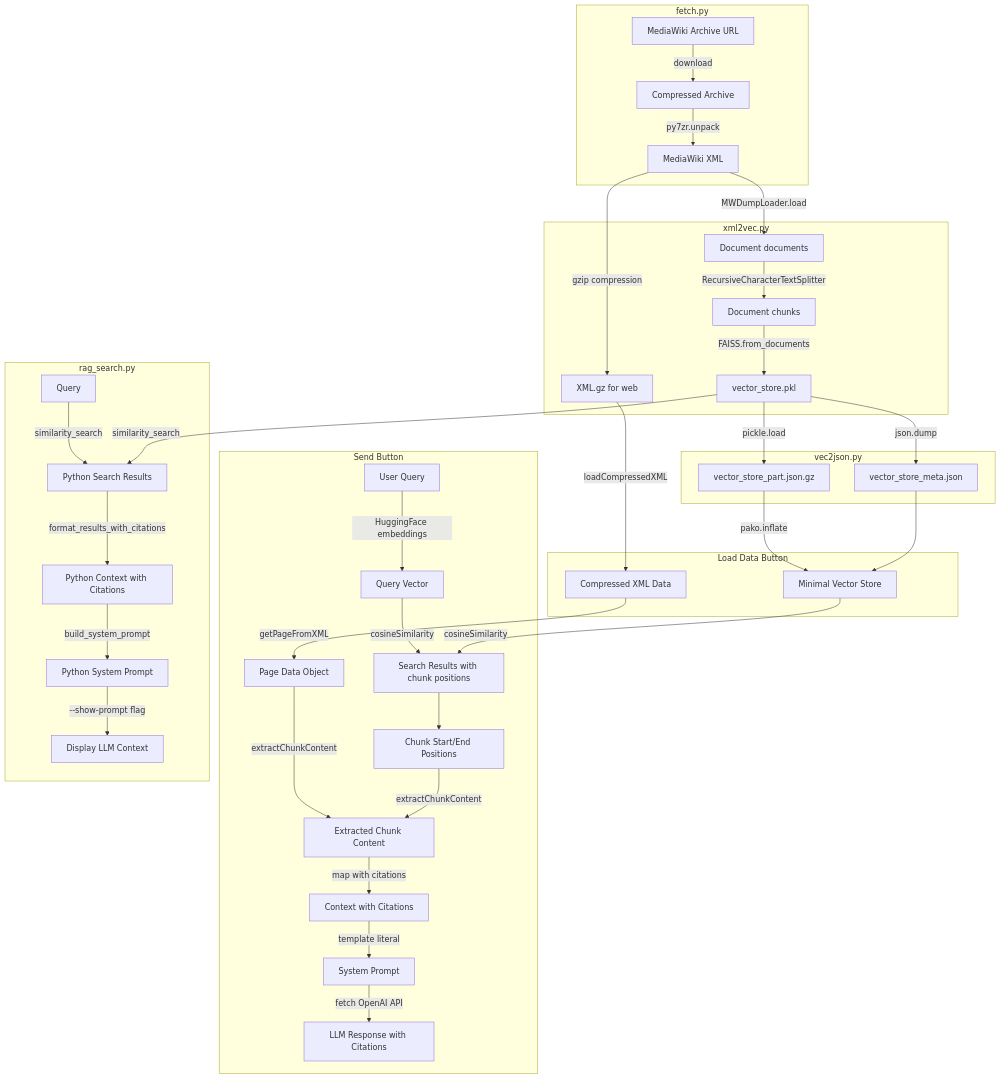
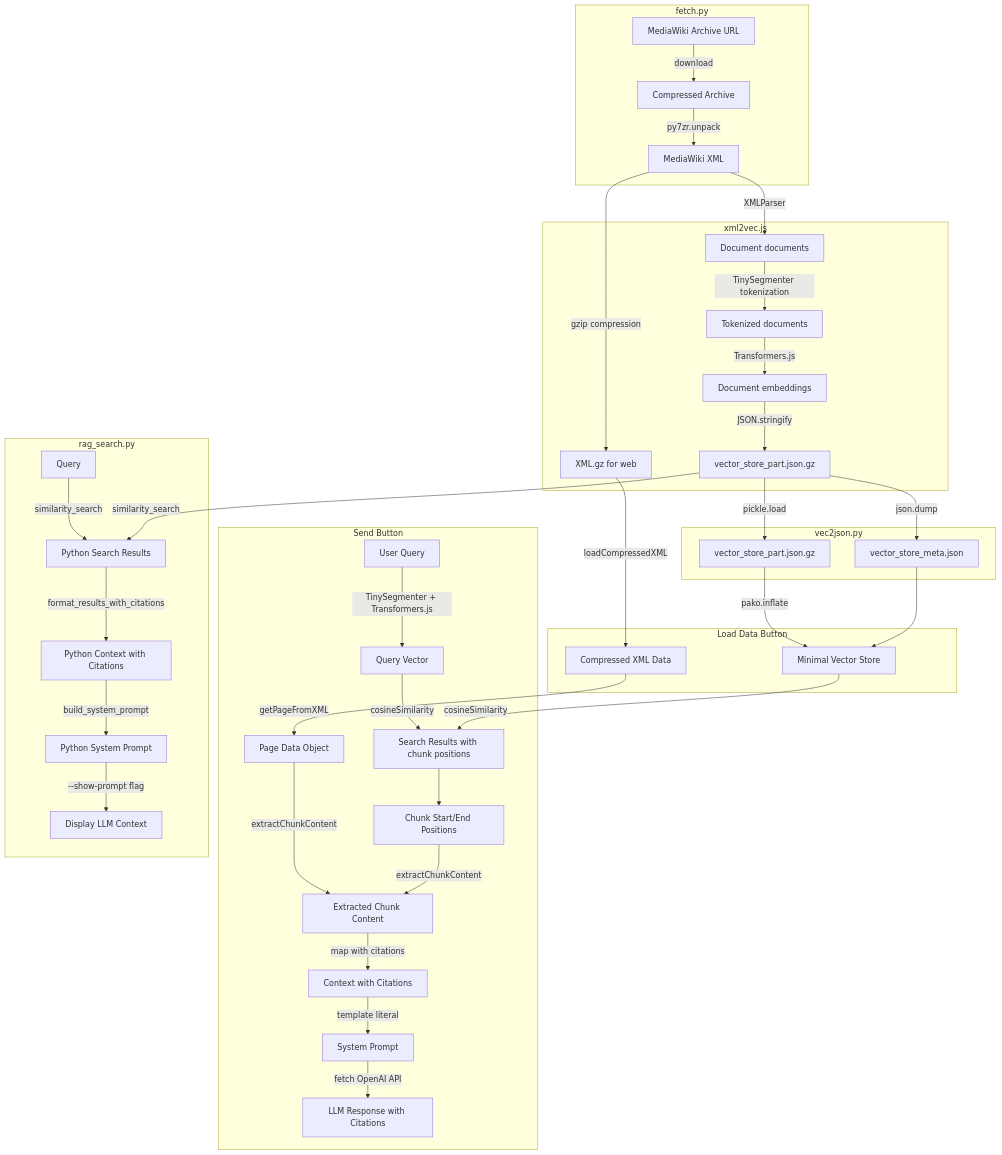
Before and after one commit to koteitan/googolbook-lm: the diagram in README.md, drawn with Mermaid. The commit also changed other lines of this file and 21 other files, not shown here.

First line of the commit message:
Implement unified TinySegmenter tokenization and Node.js integration

````diff
--- a/README.md
+++ b/README.md
@@ -25,50 +25,51 @@
 ```mermaid
 %% Rule of mermaid
 %% - The object is written as vertex.
 %% - The function or process are written as edge.
 %% - The subgraph is user operation to run.
 graph TD
     subgraph fetch_xml["fetch.py"]
         Z[MediaWiki Archive URL] -->|download| Y[Compressed Archive]
         Y -->|py7zr.unpack| A[MediaWiki XML]
     end
     
-    subgraph xml2vec["xml2vec.py"]
-        A -->|MWDumpLoader.load| B[Document documents]
-        B -->|RecursiveCharacterTextSplitter| C[Document chunks]
-        C -->|FAISS.from_documents| D[vector_store.pkl]
+    subgraph xml2vec["xml2vec.js"]
+        A -->|XMLParser| B[Document documents]
+        B -->|TinySegmenter tokenization| B2[Tokenized documents]
+        B2 -->|Transformers.js| C[Document embeddings]
+        C -->|JSON.stringify| D[vector_store_part.json.gz]
         A -->|gzip compression| E[XML.gz for web]
     end
     
     subgraph vec2json["vec2json.py"]
         D -->|pickle.load| F[vector_store_part.json.gz]
         D -->|json.dump| G[vector_store_meta.json]
     end
     
     subgraph load_data["Load Data Button"]
         F -->|pako.inflate| H[Minimal Vector Store]
         G --> H
         E -->|loadCompressedXML| I[Compressed XML Data]
     end
     
     subgraph send_button["Send Button"]
-        J[User Query] -->|HuggingFace embeddings| K[Query Vector]
+        J[User Query] -->|TinySegmenter + Transformers.js| K[Query Vector]
         K -->|cosineSimilarity| L[Search Results with chunk positions]
         H -->|cosineSimilarity| L
         I -->|getPageFromXML| M[Page Data Object]
         L --> N[Chunk Start/End Positions]
         M -->|extractChunkContent| O[Extracted Chunk Content]
         N -->|extractChunkContent| O
         O -->|map with citations| P[Context with Citations]
         P -->|template literal| Q[System Prompt]
         Q -->|fetch OpenAI API| R[LLM Response with Citations]
     end
     
     subgraph python_search["rag_search.py"]
         S[Query] -->|similarity_search| T[Python Search Results]
         D -->|similarity_search| T
         T -->|format_results_with_citations| U[Python Context with Citations]
         U -->|build_system_prompt| V[Python System Prompt]
         V -->|--show-prompt flag| W[Display LLM Context]
     end
 ```
````
